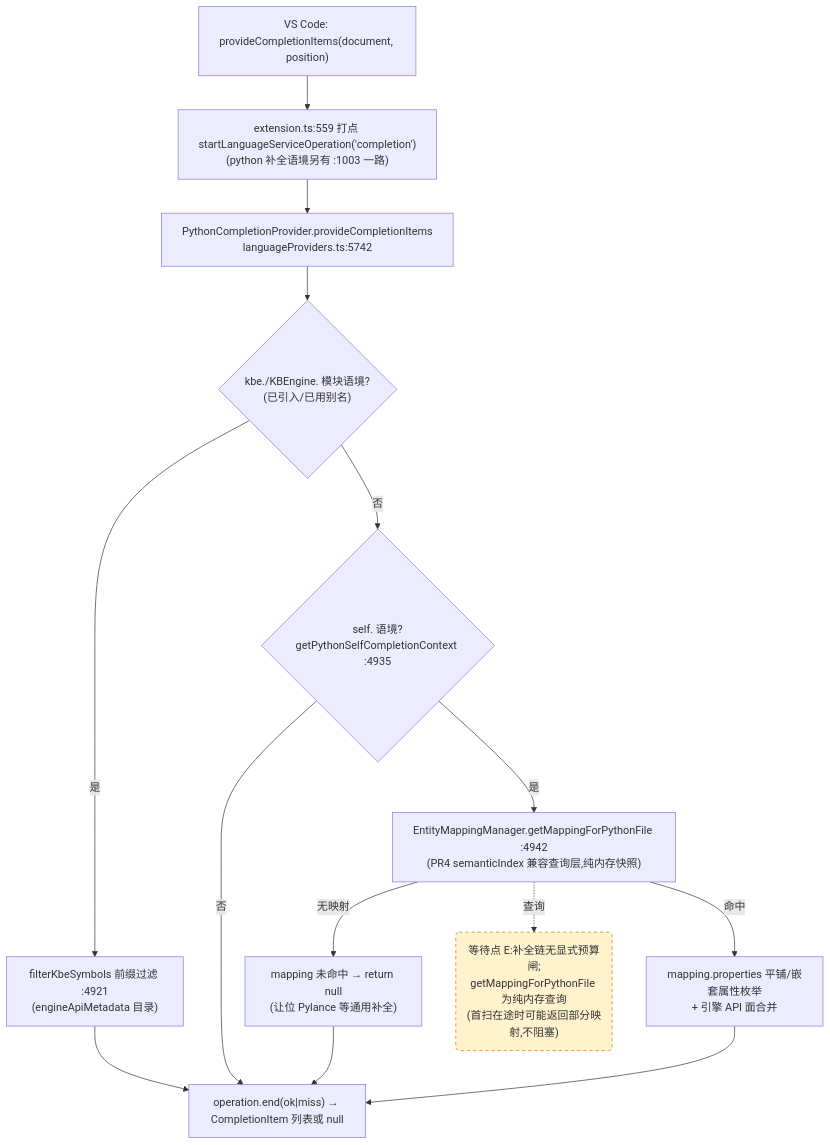
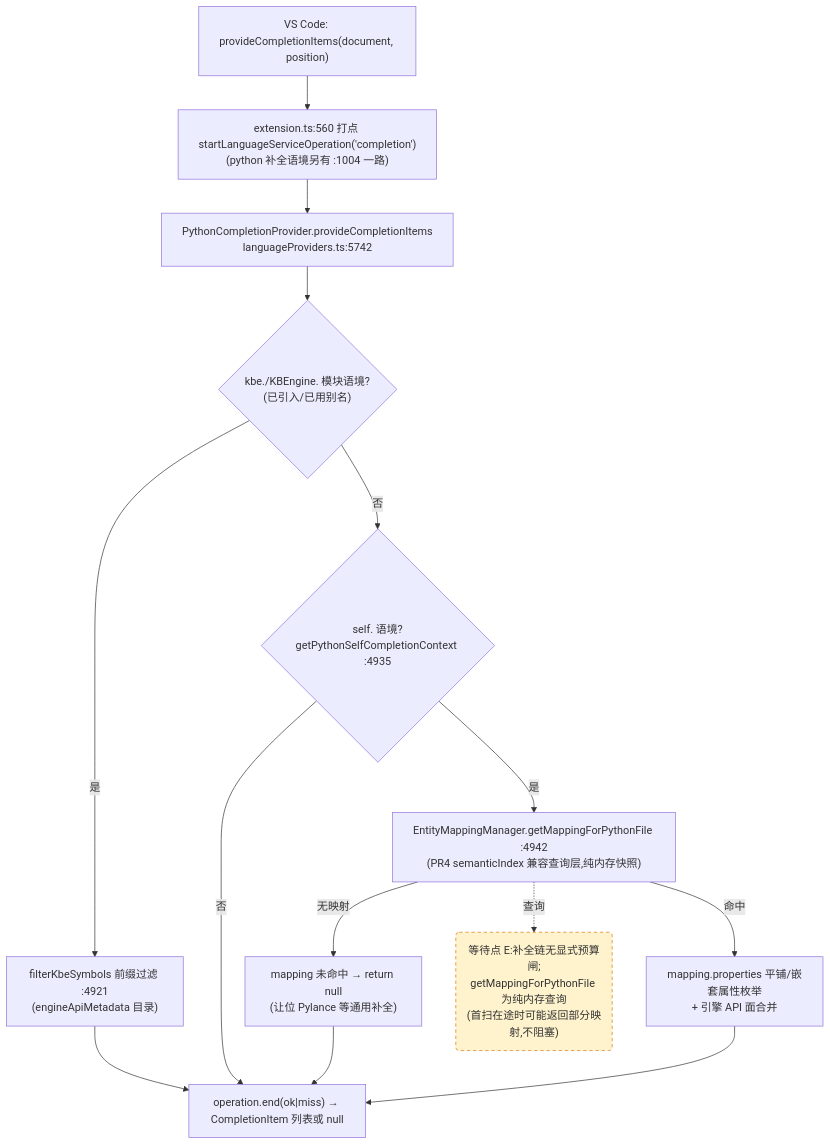
One commit to cuihairu/kode changed the third of 4 diagrams in docs/perf/2026-baseline.md. Above: the diagram before and after it, drawn with Mermaid. The commit also changed other lines of this file and 13 other files, not shown here.

````diff
--- a/docs/perf/2026-baseline.md
+++ b/docs/perf/2026-baseline.md
@@ -184,27 +184,27 @@
 ```mermaid
 flowchart TD
   VC3["VS Code: provideCompletionItems(document, position)"]
-  M3["extension.ts:559 打点 startLanguageServiceOperation('completion')<br/>(python 补全语境另有 :1003 一路)"]
+  M3["extension.ts:560 打点 startLanguageServiceOperation('completion')<br/>(python 补全语境另有 :1004 一路)"]
   CP["PythonCompletionProvider.provideCompletionItems<br/>languageProviders.ts:5742"]
   KBEC{"kbe./KBEngine. 模块语境?<br/>(已引入/已用别名)"}
   FILTER["filterKbeSymbols 前缀过滤 :4921<br/>(engineApiMetadata 目录)"]
   SELFC{"self. 语境?<br/>getPythonSelfCompletionContext :4935"}
   MAP["EntityMappingManager.getMappingForPythonFile :4942<br/>(PR4 semanticIndex 兼容查询层,纯内存快照)"]
   NOMAP["mapping 未命中 → return null<br/>(让位 Pylance 等通用补全)"]
   PROPS["mapping.properties 平铺/嵌套属性枚举<br/>+ 引擎 API 面合并"]
   END3["operation.end(ok|miss) → CompletionItem 列表或 null"]
 
   VC3 --> M3 --> CP --> KBEC
   KBEC -- "是" --> FILTER --> END3
   KBEC -- "否" --> SELFC
   SELFC -- "否" --> END3
   SELFC -- "是" --> MAP
   MAP -- "无映射" --> NOMAP --> END3
   MAP -- "命中" --> PROPS --> END3
 
   WAITE("等待点 E:补全链无显式预算闸;<br/>getMappingForPythonFile 为纯内存查询<br/>(首扫在途时可能返回部分映射,不阻塞)")
   MAP -.->|查询| WAITE
 
   classDef waitPoint fill:#fff3cd,stroke:#d97706,stroke-dasharray:5 4;
   class WAITE waitPoint;
 ```
````
